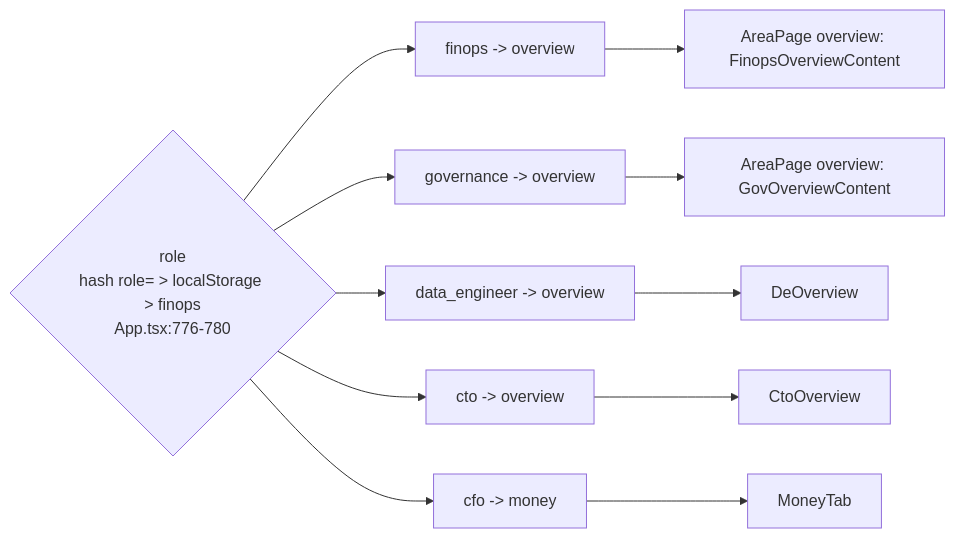
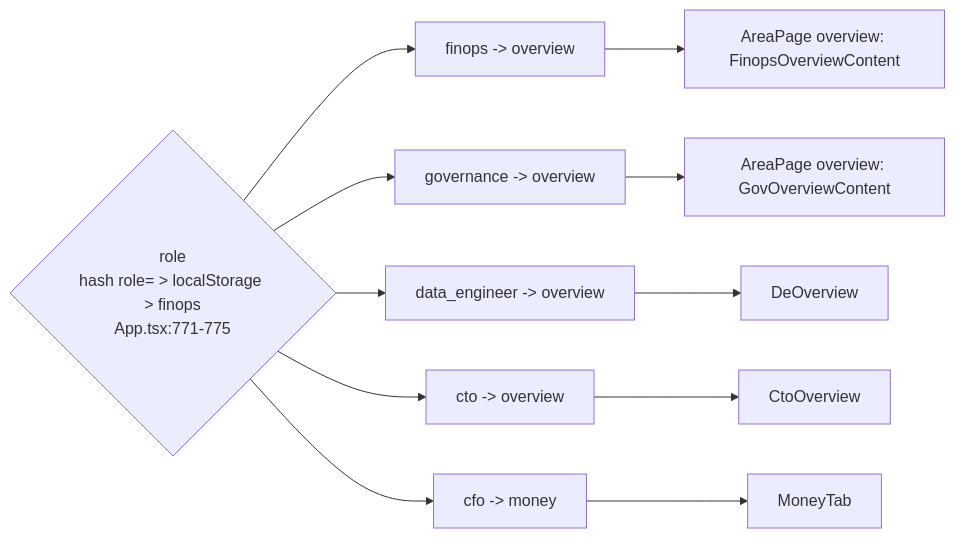
The diagram in snowflake-audit-app-knowledge-graph/flows/roles.md (darshanmeel/snowflake-audit-app), drawn with Mermaid before and after one commit. The commit also changed other lines of this file and 191 other files, not shown here.

First line of the commit message:
Fix remaining review findings; update graph and docs

````diff
--- a/snowflake-audit-app-knowledge-graph/flows/roles.md
+++ b/snowflake-audit-app-knowledge-graph/flows/roles.md
@@ -7,13 +7,13 @@
 ```mermaid
 flowchart LR
-  R{role<br/>hash role= > localStorage > finops<br/>App.tsx:776-780} --> FO[finops -> overview]
+  R{role<br/>hash role= > localStorage > finops<br/>App.tsx:771-775} --> FO[finops -> overview]
   R --> GV[governance -> overview]
   R --> DE[data_engineer -> overview]
   R --> CT[cto -> overview]
   R --> CF[cfo -> money]
   FO --> OVA[AreaPage overview: FinopsOverviewContent]
   GV --> OVB[AreaPage overview: GovOverviewContent]
   DE --> OVC[DeOverview]
   CT --> OVD[CtoOverview]
   CF --> MON[MoneyTab]
 ```
````
